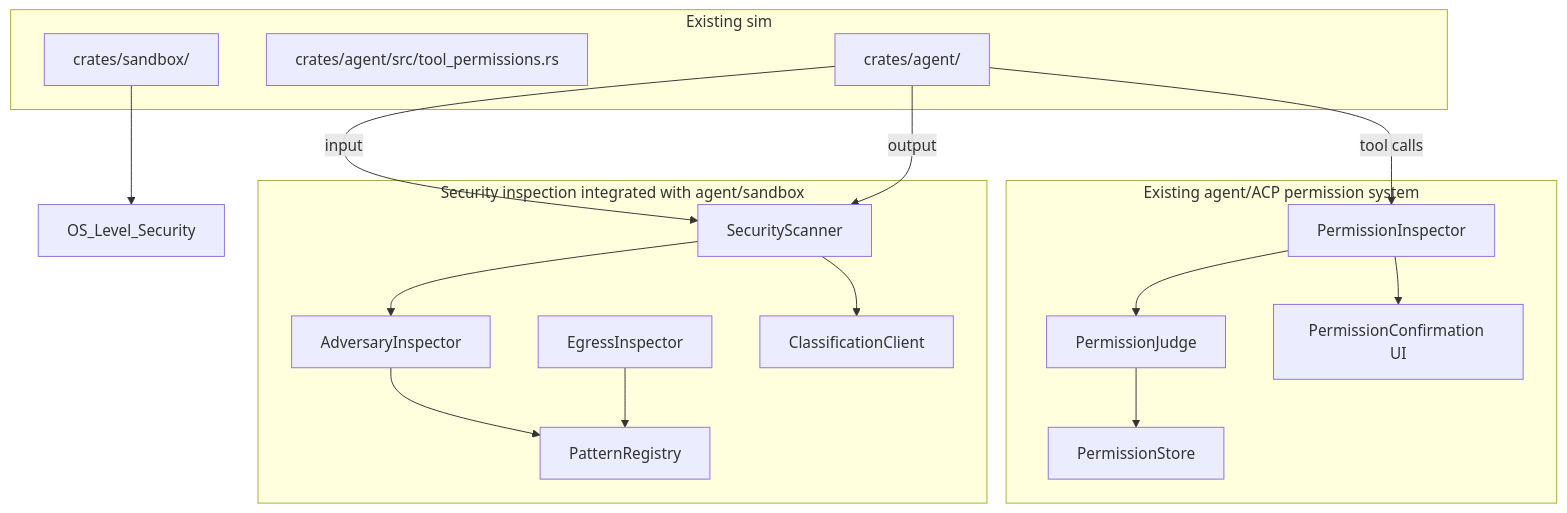
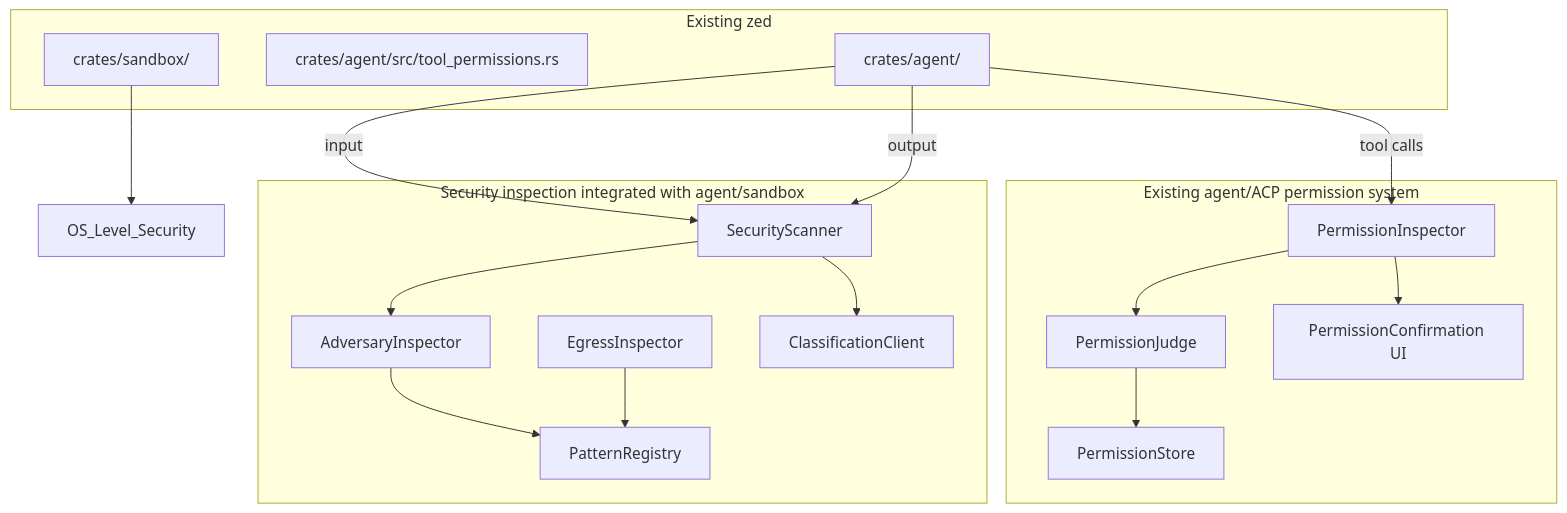
The diagram in .agents/specs/goose-migration/security-permissions/design.md (imagineerings/xor), drawn with Mermaid before and after one commit. The commit also changed other lines of this file and 2547 other files, not shown here.

````diff
--- a/.agents/specs/goose-migration/security-permissions/design.md
+++ b/.agents/specs/goose-migration/security-permissions/design.md
@@ -16,35 +16,35 @@
 ```mermaid
 graph TD
     subgraph "Security inspection integrated with agent/sandbox"
         Scanner[SecurityScanner]
         Adversary[AdversaryInspector]
         Egress[EgressInspector]
         Classifier[ClassificationClient]
         Patterns[PatternRegistry]
     end
 
     subgraph "Existing agent/ACP permission system"
         Inspector[PermissionInspector]
         Judge[PermissionJudge]
         Confirmation[PermissionConfirmation UI]
         Store[PermissionStore]
     end
 
-    subgraph "Existing sim"
+    subgraph "Existing zed"
         Sandbox[crates/sandbox/]
         AgentTools[crates/agent/src/tool_permissions.rs]
         Agent[crates/agent/]
     end
 
     Agent -- input --> Scanner
     Agent -- output --> Scanner
     Agent -- tool calls --> Inspector
     Scanner --> Adversary
     Scanner --> Classifier
     Inspector --> Judge
     Inspector --> Confirmation
     Judge --> Store
     Adversary --> Patterns
     Egress --> Patterns
     Sandbox --> OS_Level_Security
 ```
````
